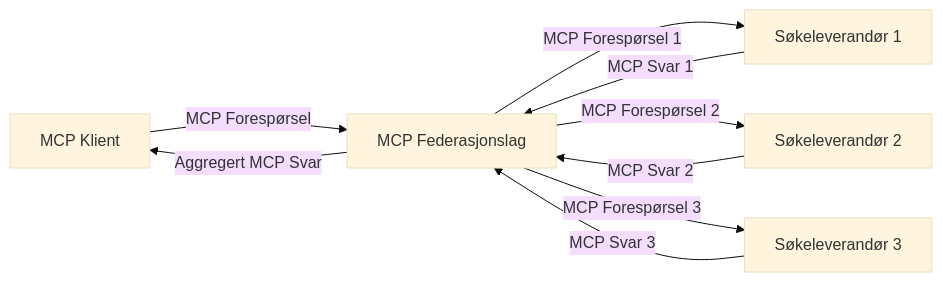
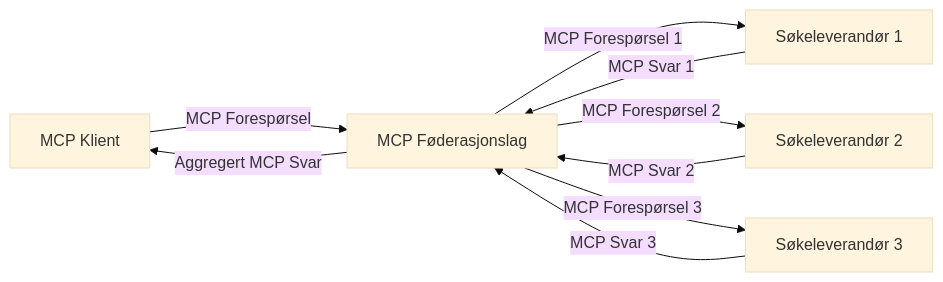
Before and after one commit to microsoft/mcp-for-beginners: the third of 4 diagrams in translations/no/05-AdvancedTopics/mcp-realtimesearch/README.md, drawn with Mermaid (base theme). The commit also changed other lines of this file and 156 other files, not shown here.

````diff
--- a/translations/no/05-AdvancedTopics/mcp-realtimesearch/README.md
+++ b/translations/no/05-AdvancedTopics/mcp-realtimesearch/README.md
@@ -610,11 +612,11 @@
 ```mermaid
 graph LR
-    Client[MCP Klient] --> |MCP Forespørsel| Federation[MCP Federasjonslag]
+    Client[MCP Klient] --> |MCP Forespørsel| Federation[MCP Føderasjonslag]
     Federation --> |MCP Forespørsel 1| Search1[Søkeleverandør 1]
     Federation --> |MCP Forespørsel 2| Search2[Søkeleverandør 2]
     Federation --> |MCP Forespørsel 3| Search3[Søkeleverandør 3]
     Search1 --> |MCP Svar 1| Federation
     Search2 --> |MCP Svar 2| Federation
     Search3 --> |MCP Svar 3| Federation
     Federation --> |Aggregert MCP Svar| Client
 ```
````
